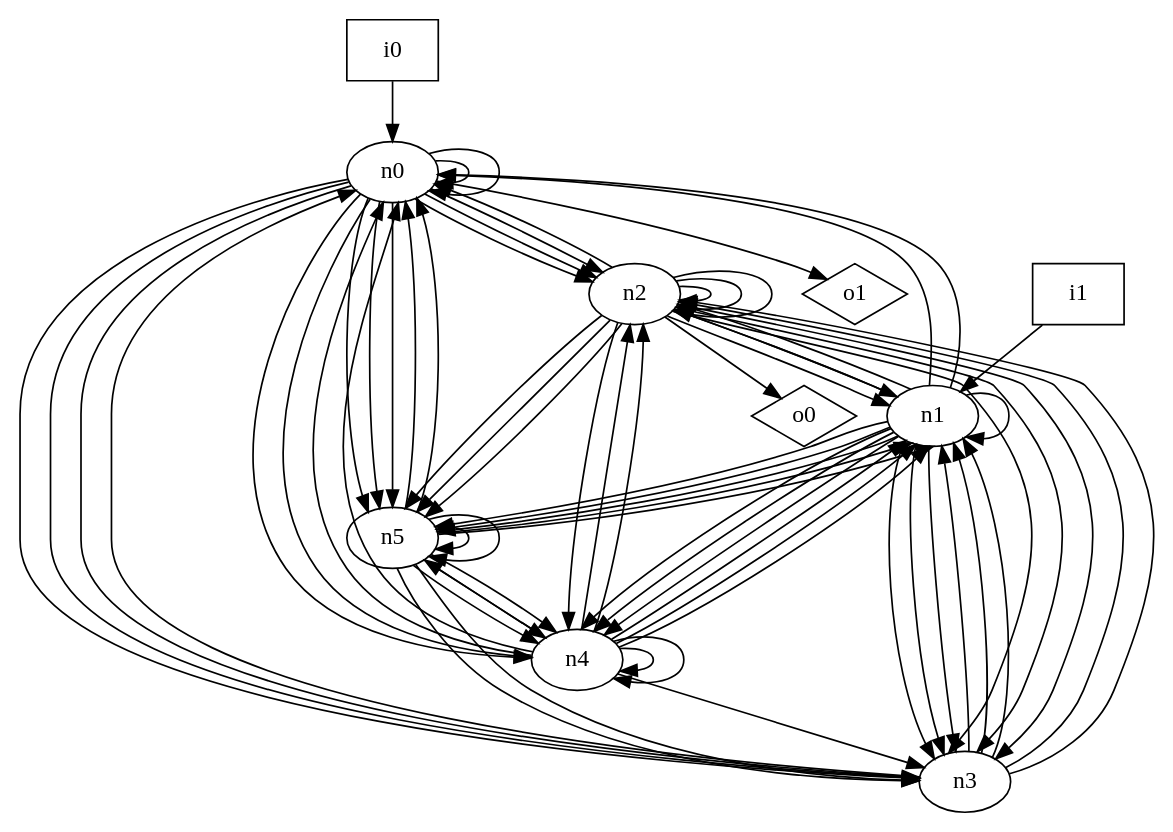
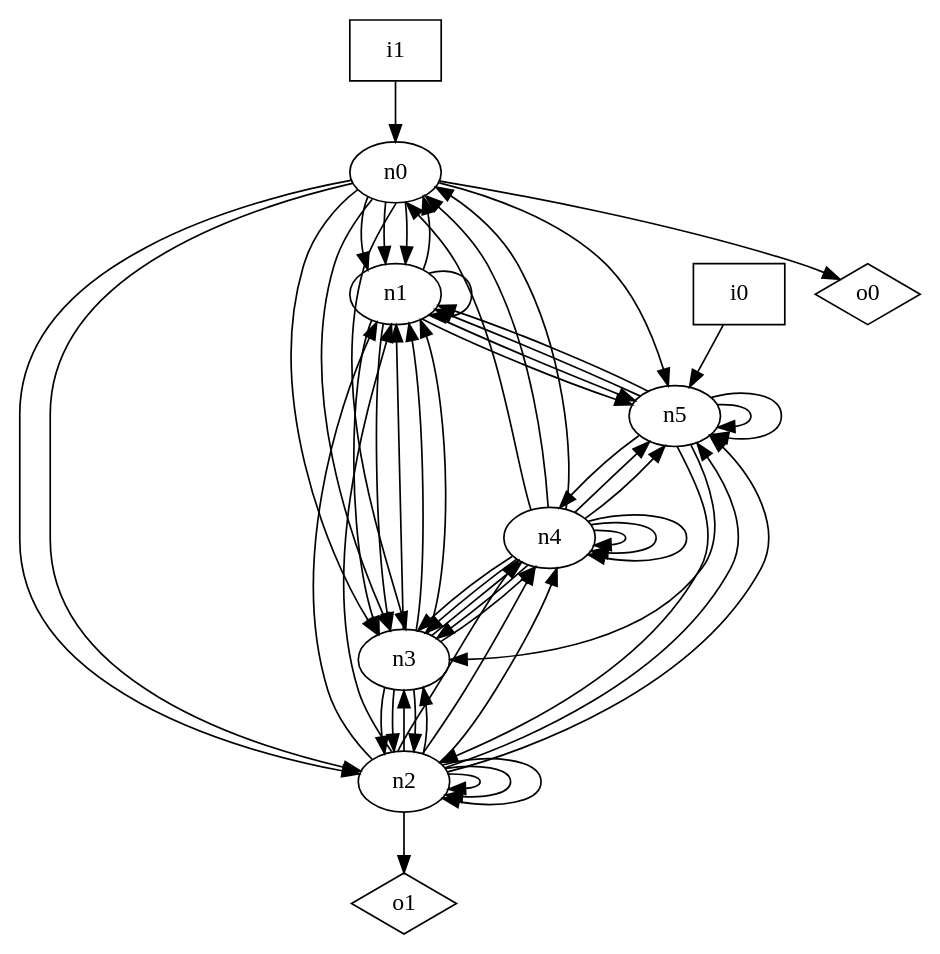
The diagram in dot_files/random/random_graph.dot (p9romain/bool-circuits), drawn with Graphviz before and after one commit. The commit also changed 25 other files, not shown here.

Commit message:
Finish (except random graph)

```diff
--- a/dot_files/random/random_graph.dot
+++ b/dot_files/random/random_graph.dot
@@ -1,84 +1,69 @@
 digraph G {
 n0 [label="n0"];
 n1 [label="n1"];
 n2 [label="n2"];
 n3 [label="n3"];
 n4 [label="n4"];
 n5 [label="n5"];
 n6 [label="i0",shape="box"];
 n7 [label="i1",shape="box"];
 n8 [label="o0",shape="diamond"];
 n9 [label="o1",shape="diamond"];
-n0 -> n0
-n0 -> n0
-n0 -> n2
+n0 -> n1
+n0 -> n1
+n0 -> n1
 n0 -> n2
 n0 -> n2
 n0 -> n3
 n0 -> n3
 n0 -> n3
-n0 -> n4
-n0 -> n4
 n0 -> n5
-n0 -> n5
-n0 -> n5
-n0 -> n9
-n1 -> n0
+n0 -> n8
 n1 -> n0
 n1 -> n1
-n1 -> n2
-n1 -> n2
 n1 -> n3
 n1 -> n3
-n1 -> n3
-n1 -> n4
-n1 -> n4
-n1 -> n4
 n1 -> n5
 n1 -> n5
-n1 -> n5
-n2 -> n0
 n2 -> n1
 n2 -> n1
 n2 -> n2
 n2 -> n2
 n2 -> n2
 n2 -> n3
 n2 -> n3
-n2 -> n3
+n2 -> n4
+n2 -> n4
 n2 -> n4
 n2 -> n5
 n2 -> n5
-n2 -> n5
-n2 -> n8
-n3 -> n0
+n2 -> n9
 n3 -> n1
 n3 -> n1
 n3 -> n1
 n3 -> n2
 n3 -> n2
+n3 -> n2
+n3 -> n4
+n3 -> n4
 n4 -> n0
 n4 -> n0
-n4 -> n1
-n4 -> n1
-n4 -> n1
-n4 -> n2
-n4 -> n2
+n4 -> n0
+n4 -> n3
+n4 -> n3
 n4 -> n3
 n4 -> n4
 n4 -> n4
+n4 -> n4
 n4 -> n5
-n5 -> n0
-n5 -> n0
+n4 -> n5
 n5 -> n1
 n5 -> n1
+n5 -> n2
 n5 -> n3
-n5 -> n3
-n5 -> n4
-n5 -> n4
 n5 -> n4
 n5 -> n5
 n5 -> n5
-n6 -> n0
-n7 -> n1
+n6 -> n5
+n7 -> n0
 }
```
